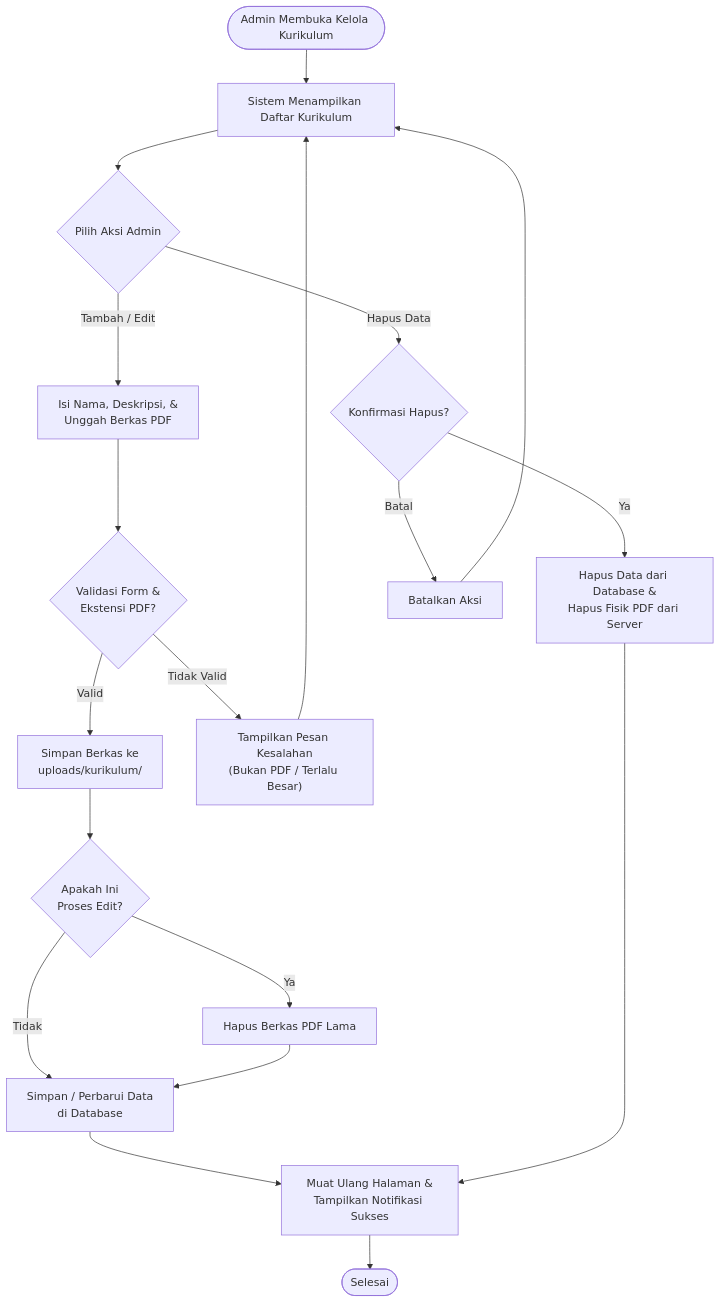
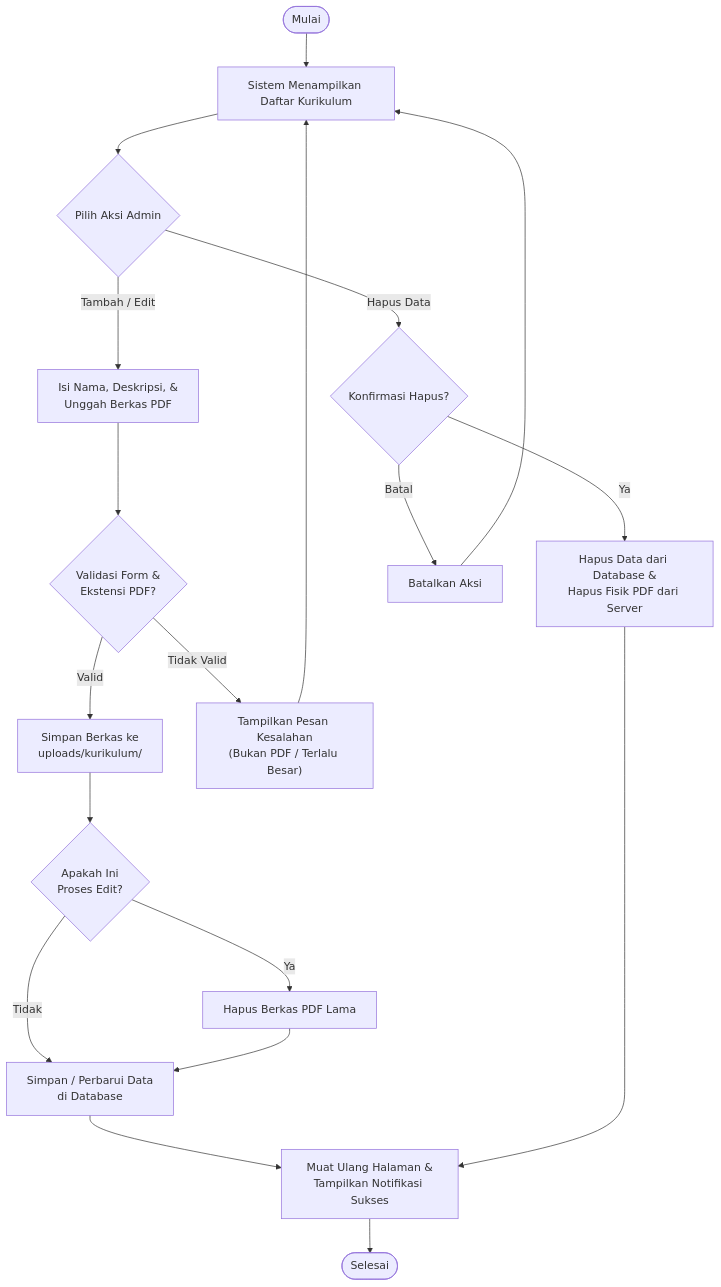
The first of 3 diagrams in docs/activity_diagram_akademik_organisasi.md (arbain-dev/Web_fikom), drawn with Mermaid before and after one commit. The commit also changed other lines of this file and 7 other files, not shown here.

Commit message:
docs: standarisasi semua awal flowchart diagram menjadi 'Mulai'

````diff
--- a/docs/activity_diagram_akademik_organisasi.md
+++ b/docs/activity_diagram_akademik_organisasi.md
@@ -18,31 +18,31 @@
 ```mermaid
 flowchart TD
-    Start([Admin Membuka Kelola Kurikulum]) --> ShowTable["Sistem Menampilkan Daftar Kurikulum"]
+    Mulai([Mulai]) --> ShowTable["Sistem Menampilkan Daftar Kurikulum"]
     
     ShowTable --> Action{"Pilih Aksi Admin"}
     
     %% Alur Tambah / Edit
     Action -- "Tambah / Edit" --> InputForm["Isi Nama, Deskripsi, &<br>Unggah Berkas PDF"]
     InputForm --> ValidatePDF{"Validasi Form &<br>Ekstensi PDF?"}
     
     ValidatePDF -- "Valid" --> MoveFile["Simpan Berkas ke<br>uploads/kurikulum/"]
     MoveFile --> CheckEdit{"Apakah Ini<br>Proses Edit?"}
     
     CheckEdit -- "Ya" --> DeleteOld["Hapus Berkas PDF Lama"]
     CheckEdit -- "Tidak" --> SaveDB["Simpan / Perbarui Data<br>di Database"]
     DeleteOld --> SaveDB
     
     ValidatePDF -- "Tidak Valid" --> ShowError["Tampilkan Pesan Kesalahan<br>(Bukan PDF / Terlalu Besar)"]
     
     %% Alur Hapus
     Action -- "Hapus Data" --> ConfirmDel{"Konfirmasi Hapus?"}
     ConfirmDel -- "Ya" --> DelData["Hapus Data dari Database &<br>Hapus Fisik PDF dari Server"]
     ConfirmDel -- "Batal" --> Cancel["Batalkan Aksi"]
     
     SaveDB --> Refresh["Muat Ulang Halaman &<br>Tampilkan Notifikasi Sukses"]
     DelData --> Refresh
     ShowError --> ShowTable
     Cancel --> ShowTable
     
     Refresh --> End([Selesai])
 ```
````
